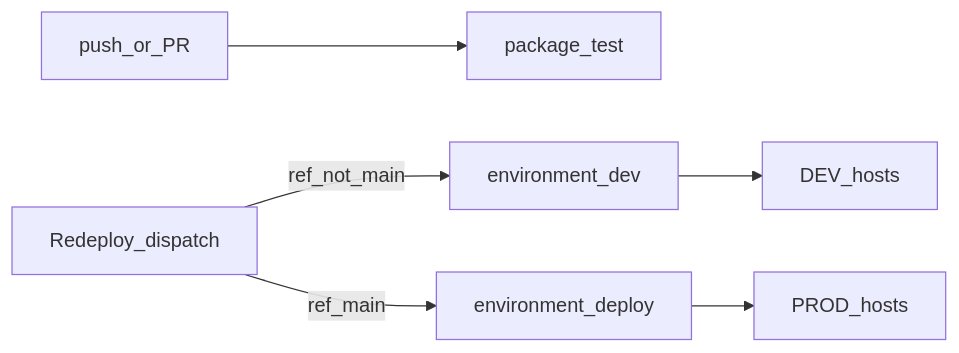
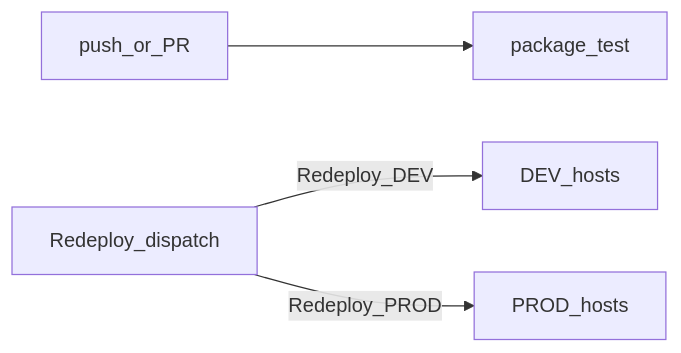
Before and after one commit to greenblat17/1billion-dollar-startup: the fourth of 4 diagrams in ai_docs/plans/2026-09-19-mobile-mvp-backend.md, drawn with Mermaid. The commit also changed other lines of this file and 12 other files, not shown here.

First line of the commit message:
Deploy prod through the same env-blob workflow as dev.

````diff
--- a/ai_docs/plans/2026-09-19-mobile-mvp-backend.md
+++ b/ai_docs/plans/2026-09-19-mobile-mvp-backend.md
@@ -341,13 +338,11 @@
 ```mermaid
 flowchart LR
   tests[push_or_PR]
   pack[package_test]
   redeploy[Redeploy_dispatch]
-  envDev[environment_dev]
-  envProd[environment_deploy]
   hostDev[DEV_hosts]
   hostProd[PROD_hosts]
   tests --> pack
-  redeploy -->|"ref_not_main"| envDev --> hostDev
-  redeploy -->|"ref_main"| envProd --> hostProd
+  redeploy -->|"Redeploy_DEV"| hostDev
+  redeploy -->|"Redeploy_PROD"| hostProd
 ```
````
